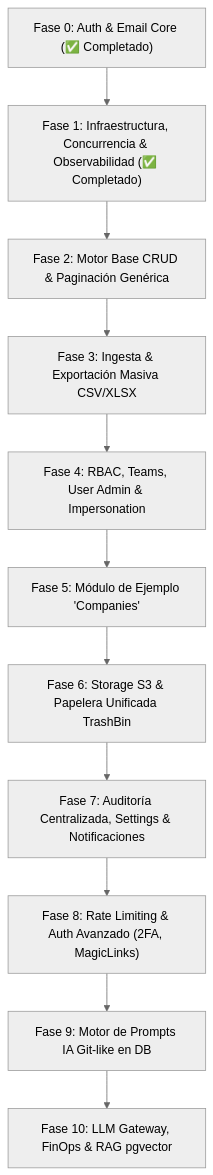
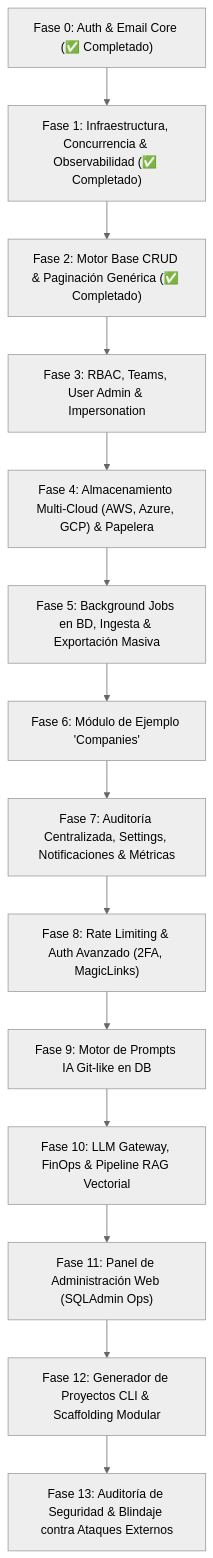
The diagram in ROADMAP.md (javireyramirez/fastapi_plantilla), drawn with Mermaid (neutral theme) before and after one commit. The commit also changed other lines of this file and 9 other files, not shown here.

````diff
--- a/ROADMAP.md
+++ b/ROADMAP.md
@@ -28,13 +30,16 @@
 ```mermaid
 flowchart TD
     F0["Fase 0: Auth & Email Core (✅ Completado)"] --> F1["Fase 1: Infraestructura, Concurrencia & Observabilidad (✅ Completado)"]
-    F1 --> F2["Fase 2: Motor Base CRUD & Paginación Genérica"]
-    F2 --> F3["Fase 3: Ingesta & Exportación Masiva CSV/XLSX"]
-    F3 --> F4["Fase 4: RBAC, Teams, User Admin & Impersonation"]
-    F4 --> F5["Fase 5: Módulo de Ejemplo 'Companies'"]
-    F5 --> F6["Fase 6: Storage S3 & Papelera Unificada TrashBin"]
-    F6 --> F7["Fase 7: Auditoría Centralizada, Settings & Notificaciones"]
+    F1 --> F2["Fase 2: Motor Base CRUD & Paginación Genérica (✅ Completado)"]
+    F2 --> F3["Fase 3: RBAC, Teams, User Admin & Impersonation"]
+    F3 --> F4["Fase 4: Almacenamiento Multi-Cloud (AWS, Azure, GCP) & Papelera"]
+    F4 --> F5["Fase 5: Background Jobs en BD, Ingesta & Exportación Masiva"]
+    F5 --> F6["Fase 6: Módulo de Ejemplo 'Companies'"]
+    F6 --> F7["Fase 7: Auditoría Centralizada, Settings, Notificaciones & Métricas"]
     F7 --> F8["Fase 8: Rate Limiting & Auth Avanzado (2FA, MagicLinks)"]
     F8 --> F9["Fase 9: Motor de Prompts IA Git-like en DB"]
-    F9 --> F10["Fase 10: LLM Gateway, FinOps & RAG pgvector"]
+    F9 --> F10["Fase 10: LLM Gateway, FinOps & Pipeline RAG Vectorial"]
+    F10 --> F11["Fase 11: Panel de Administración Web (SQLAdmin Ops)"]
+    F11 --> F12["Fase 12: Generador de Proyectos CLI & Scaffolding Modular"]
+    F12 --> F13["Fase 13: Auditoría de Seguridad & Blindaje contra Ataques Externos"]
 ```
````
